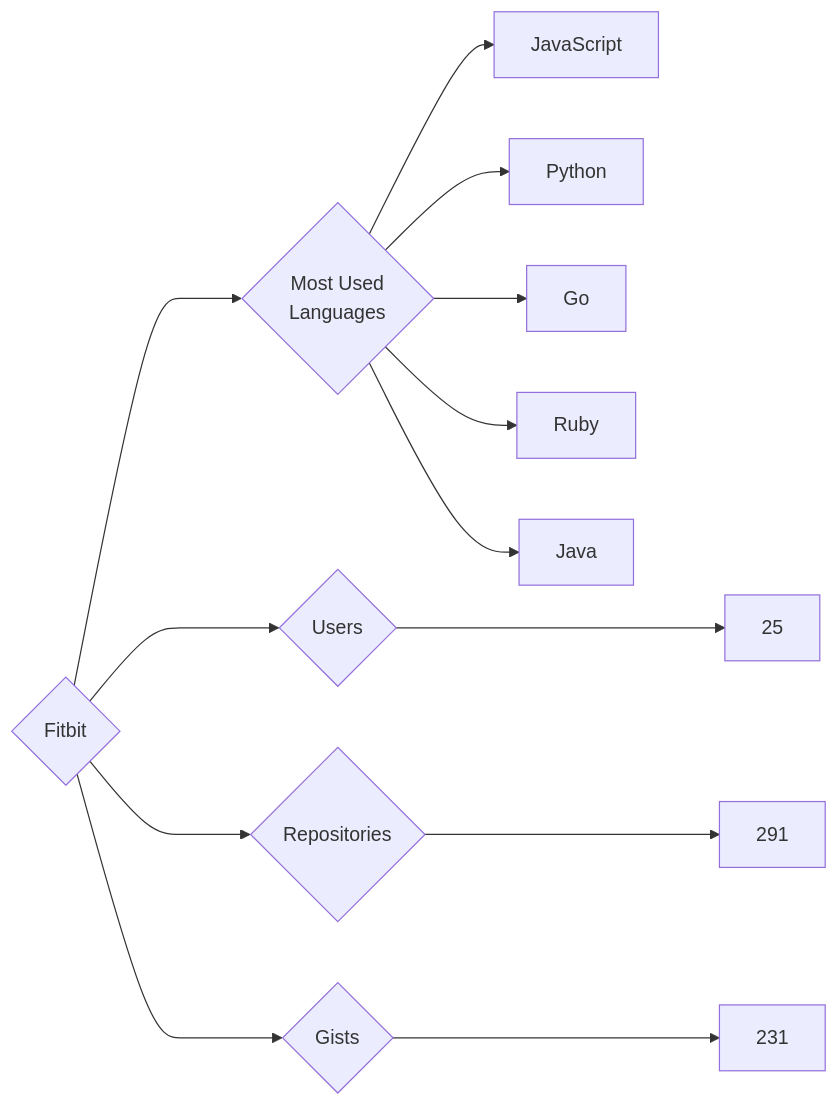
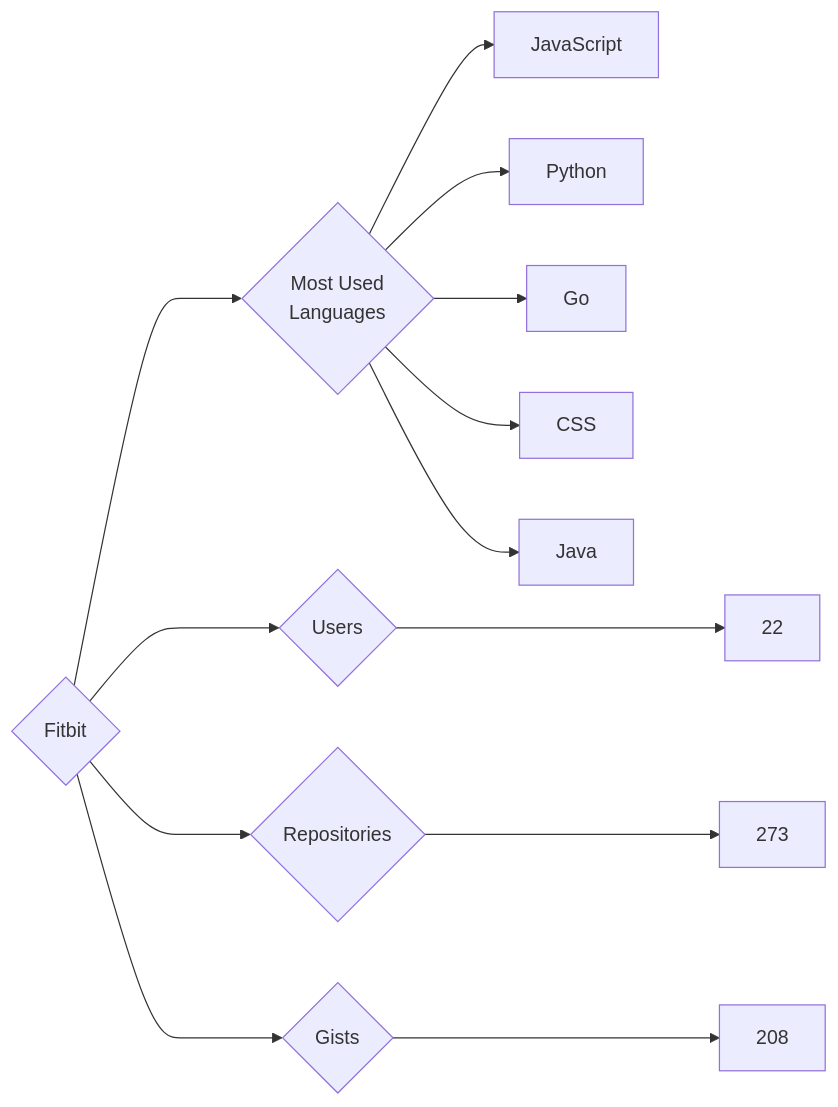
One commit to trickest/insiders changed the diagram in targets/Fitbit/README.md. Above: the diagram before and after it, drawn with Mermaid. The commit also changed 872 other files, not shown here.

````diff
--- a/targets/Fitbit/README.md
+++ b/targets/Fitbit/README.md
@@ -3,13 +3,13 @@
 ```mermaid
 graph LR
 COMPANY_NAME{Fitbit}
-COMPANY_NAME ---> U{Users} ---> UN[25]
-COMPANY_NAME ---> R{Repositories} ---> RN[291]
-COMPANY_NAME ---> G{Gists} ---> GN[231]
+COMPANY_NAME ---> U{Users} ---> UN[22]
+COMPANY_NAME ---> R{Repositories} ---> RN[273]
+COMPANY_NAME ---> G{Gists} ---> GN[208]
 COMPANY_NAME ---> ML{Most Used<br>Languages}
 ML --> JavaScript[JavaScript]
 ML --> Python[Python]
 ML --> Go[Go]
-ML --> Ruby[Ruby]
+ML --> CSS[CSS]
 ML --> Java[Java]
 ```
````
